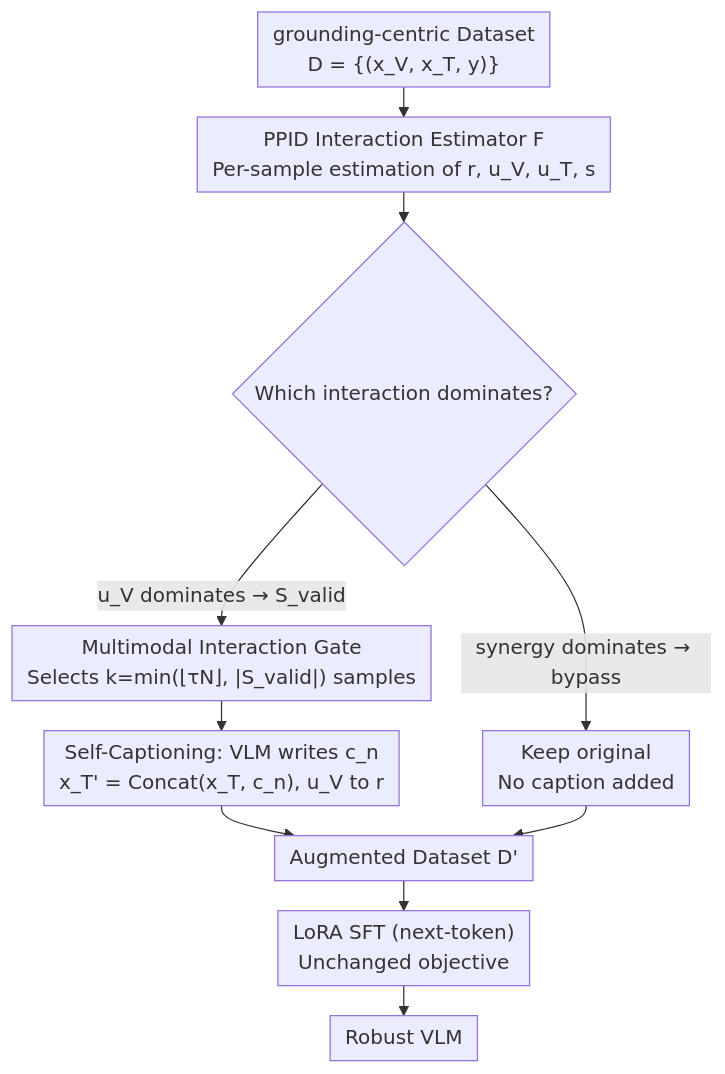
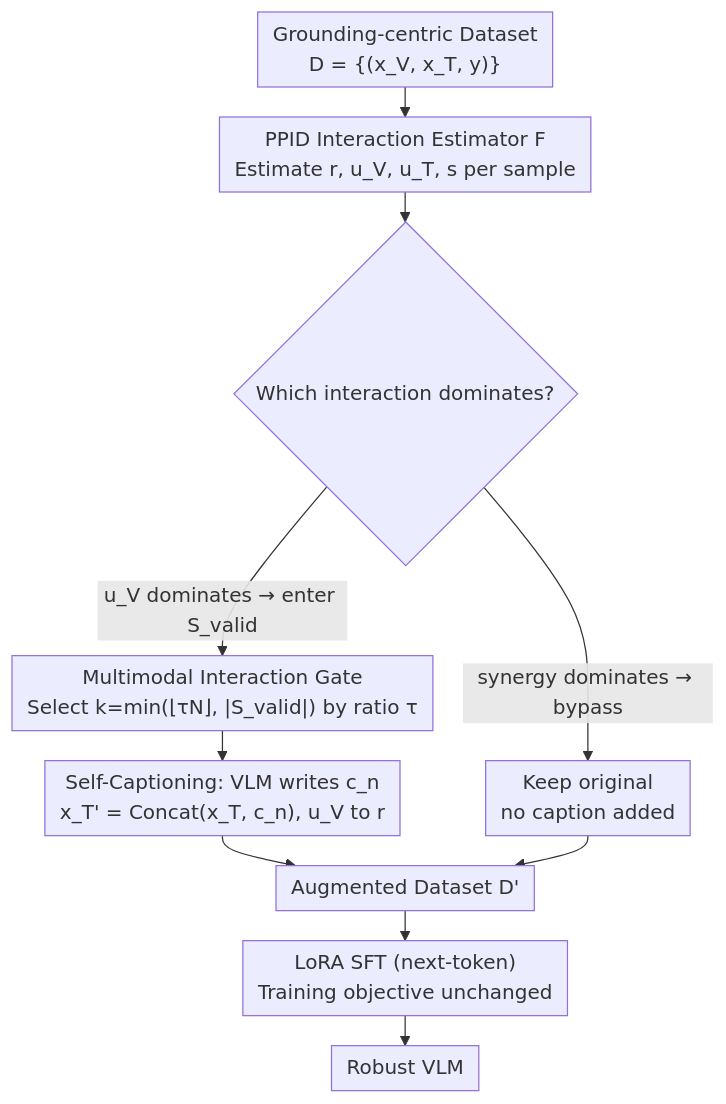
One commit to zhaoyang97/Paper-Notes-en changed the diagram in docs/ICML2026/multimodal_vlm/self-captioning_multimodal_interaction_tuning_amplifying_exploitable_redundancie.md. Above: the diagram before and after it, drawn with Mermaid. The commit also changed other lines of this file and 5084 other files, not shown here.

````diff
--- a/docs/ICML2026/multimodal_vlm/self-captioning_multimodal_interaction_tuning_amplifying_exploitable_redundancie.md
+++ b/docs/ICML2026/multimodal_vlm/self-captioning_multimodal_interaction_tuning_amplifying_exploitable_redundancie.md
@@ -42,13 +42,13 @@
 ```mermaid
 %%{init: {'flowchart': {'rankSpacing': 24, 'nodeSpacing': 28, 'padding': 6, 'wrappingWidth': 400}}}%%
 flowchart TD
-    A["grounding-centric Dataset<br/>D = {(x_V, x_T, y)}"] --> B["PPID Interaction Estimator F<br/>Per-sample estimation of r, u_V, u_T, s"]
+    A["Grounding-centric Dataset<br/>D = {(x_V, x_T, y)}"] --> B["PPID Interaction Estimator F<br/>Estimate r, u_V, u_T, s per sample"]
     B --> C{"Which interaction dominates?"}
-    C -->|"u_V dominates → S_valid"| D["Multimodal Interaction Gate<br/>Selects k=min(⌊τN⌋, |S_valid|) samples"]
-    C -->|"synergy dominates → bypass"| F["Keep original<br/>No caption added"]
+    C -->|"u_V dominates → enter S_valid"| D["Multimodal Interaction Gate<br/>Select k=min(⌊τN⌋, |S_valid|) by ratio τ"]
+    C -->|"synergy dominates → bypass"| F["Keep original<br/>no caption added"]
     D --> E["Self-Captioning: VLM writes c_n<br/>x_T' = Concat(x_T, c_n), u_V to r"]
     E --> G["Augmented Dataset D'"]
     F --> G
-    G --> H["LoRA SFT (next-token)<br/>Unchanged objective"]
+    G --> H["LoRA SFT (next-token)<br/>Training objective unchanged"]
     H --> I["Robust VLM"]
 ```
````
